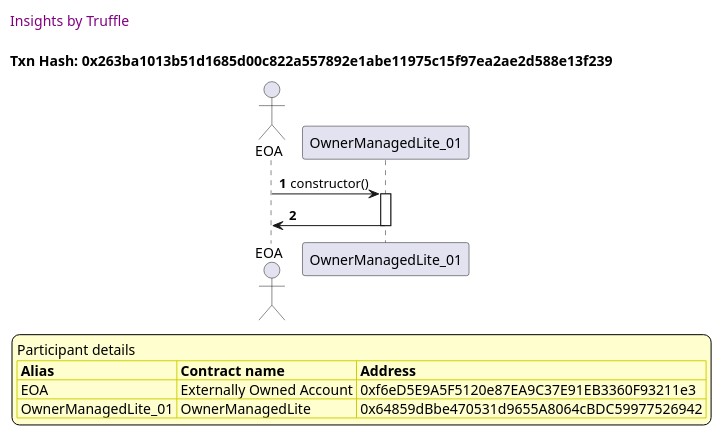
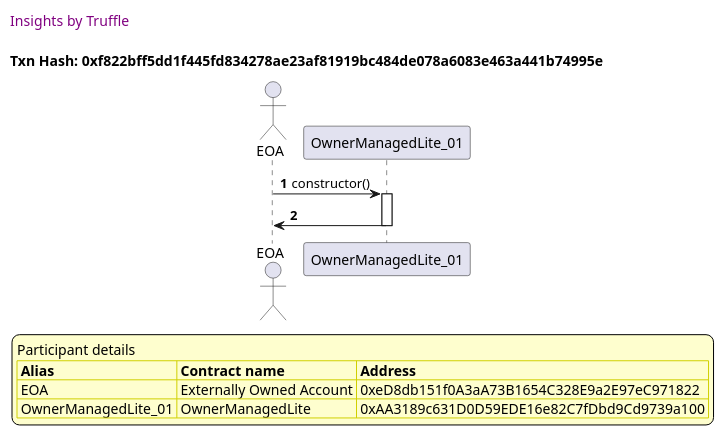
The seventh of 15 diagrams in truffle-seq/OwnerManagedLite_test_agree_to_state_change.md (thedarkjester/ConsensysAssignment), drawn with PlantUML before and after one commit. The commit also changed other lines of this file and 13 other files, not shown here.

````diff
--- a/truffle-seq/OwnerManagedLite_test_agree_to_state_change.md
+++ b/truffle-seq/OwnerManagedLite_test_agree_to_state_change.md
@@ -295,37 +295,37 @@
 ```plantuml
 
 
 @startuml
 
 autonumber
 skinparam legendBackgroundColor #FEFECE
 
 <style>
       header {
         HorizontalAlignment left
         FontColor purple
         FontSize 14
         Padding 10
       }
     </style>
 
 header Insights by Truffle
 
-title Txn Hash: 0x263ba1013b51d1685d00c822a557892e1abe11975c15f97ea2ae2d588e13f239
+title Txn Hash: 0xf822bff5dd1f445fd834278ae23af81919bc484de078a6083e463a441b74995e
 
 
 actor EOA as "EOA"
 participant OwnerManagedLite_01 as "OwnerManagedLite_01"
 
 "EOA" -> "OwnerManagedLite_01" ++: constructor()
 "OwnerManagedLite_01" -> "EOA" --: 
 
 legend
 Participant details
 <#FEFECE,#D0D000>|= Alias |= Contract name |= Address |
-<#FEFECE>| EOA | Externally Owned Account | 0xf6eD5E9A5F5120e87EA9C37E91EB3360F93211e3 |
-<#FEFECE>| OwnerManagedLite_01 | OwnerManagedLite | 0x64859dBbe470531d9655A8064cBDC59977526942 |
+<#FEFECE>| EOA | Externally Owned Account | 0xeD8db151f0A3aA73B1654C328E9a2E97eC971822 |
+<#FEFECE>| OwnerManagedLite_01 | OwnerManagedLite | 0xAA3189c631D0D59EDE16e82C7fDbd9Cd9739a100 |
 endlegend
 
 @enduml
 ```
````
